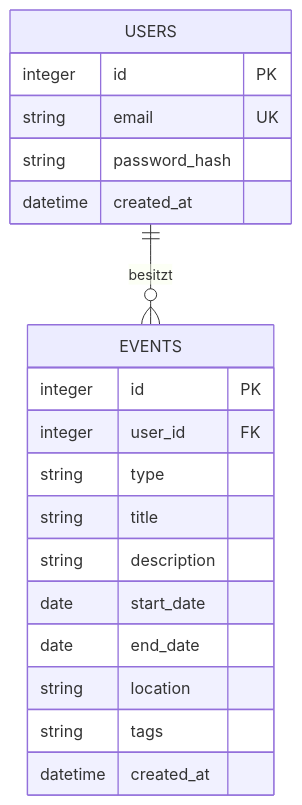
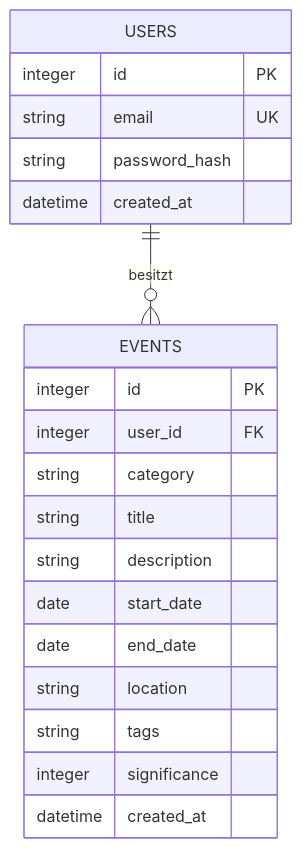
One commit to ksukh-ux/lifeline-project changed the diagram in docs/arch/A08-Querschnittskonzepte.md. Above: the diagram before and after it, drawn with Mermaid. The commit also changed other lines of this file, not shown here.

Commit message:
fix(arch): update datamodel with category and significance fields

````diff
--- a/docs/arch/A08-Querschnittskonzepte.md
+++ b/docs/arch/A08-Querschnittskonzepte.md
@@ -7,22 +7,23 @@
 ```mermaid
 erDiagram
     USERS ||--o{ EVENTS : besitzt
     USERS {
         integer id PK
         string email UK
         string password_hash
         datetime created_at
     }
     EVENTS {
         integer id PK
         integer user_id FK
-        string type
+        string category
         string title
         string description
         date start_date
         date end_date
         string location
         string tags
+        integer significance
         datetime created_at
     }
 ```
````
